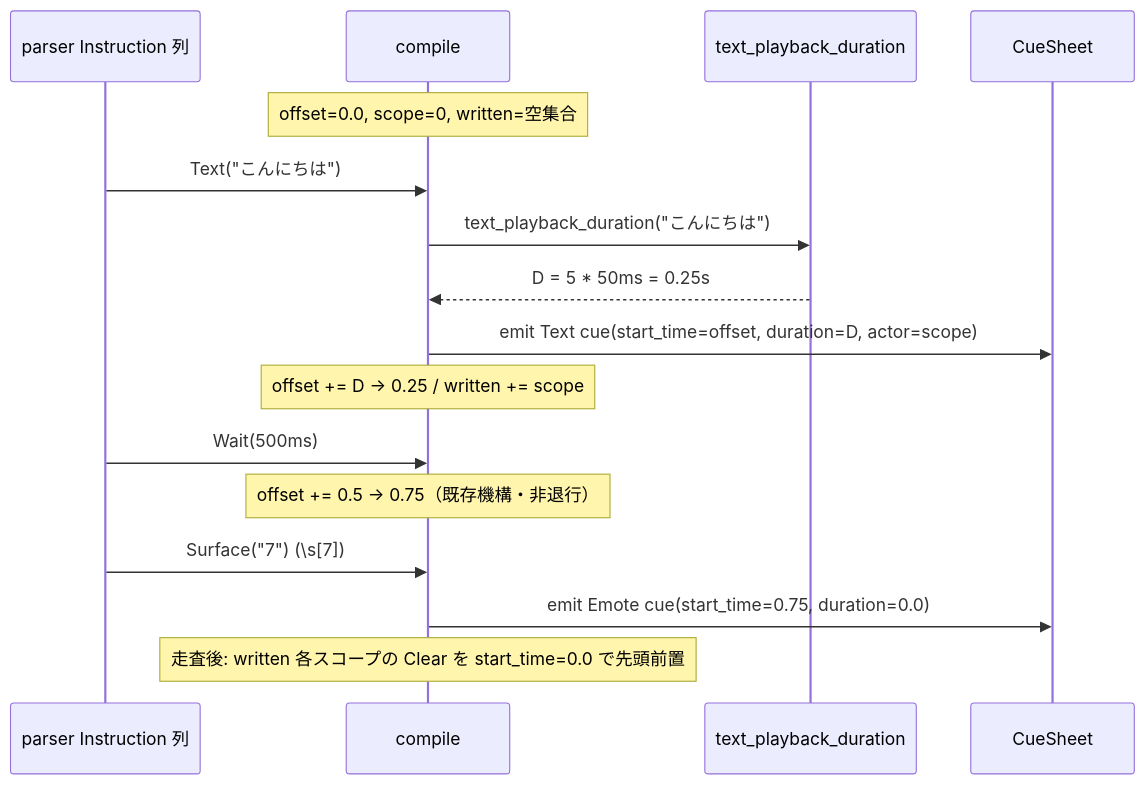
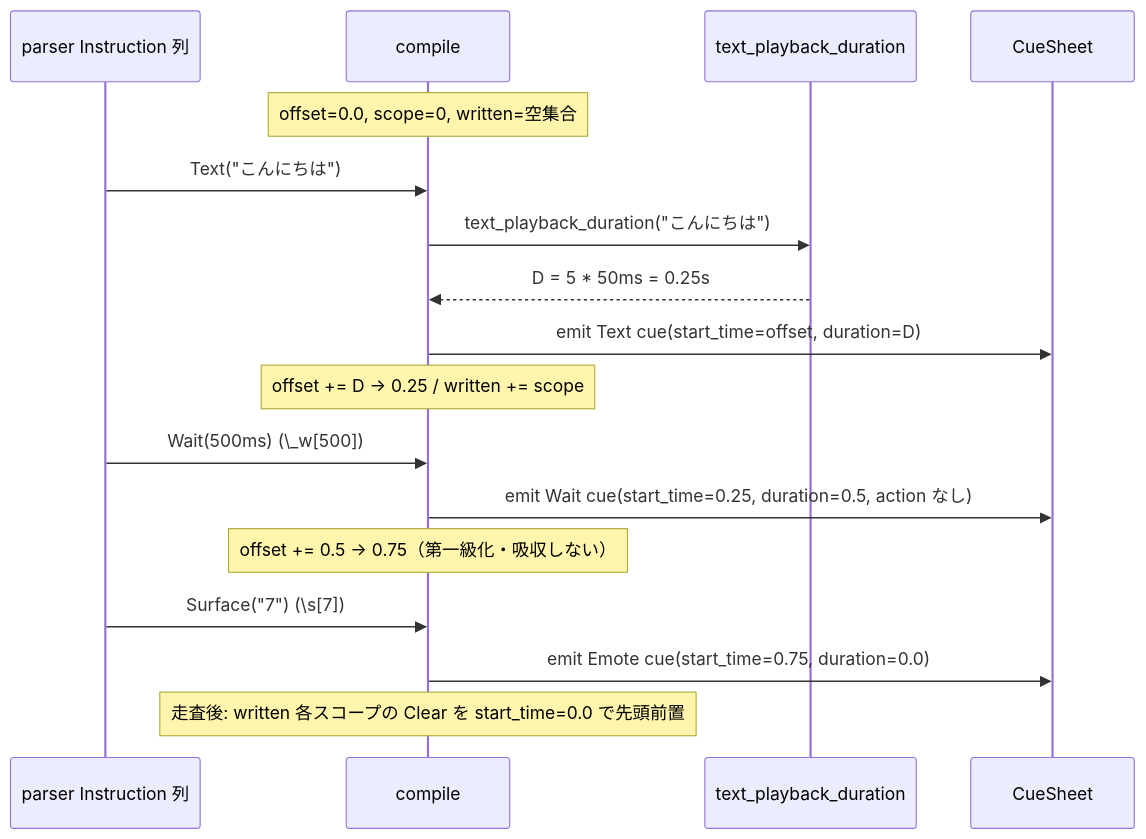
The second of 3 diagrams in .kiro/specs/areka-P0-cue-playback-duration/design.md (ekicyou/areka), drawn with Mermaid before and after one commit. The commit also changed other lines of this file and 2 other files, not shown here.

First line of the commit message:
docs(areka-P0-cue-playback-duration): resolve design discussion #1 - cue再生モデル(envelope一律duration/第一級Wait cue/broadcast配送/honor契約)

````diff
--- a/.kiro/specs/areka-P0-cue-playback-duration/design.md
+++ b/.kiro/specs/areka-P0-cue-playback-duration/design.md
@@ -135,18 +158,19 @@
 ```mermaid
 sequenceDiagram
     participant P as parser Instruction 列
     participant C as compile
     participant N as text_playback_duration
     participant S as CueSheet
     Note over C: offset=0.0, scope=0, written=空集合
     P->>C: Text("こんにちは")
     C->>N: text_playback_duration("こんにちは")
     N-->>C: D = 5 * 50ms = 0.25s
-    C->>S: emit Text cue(start_time=offset, duration=D, actor=scope)
+    C->>S: emit Text cue(start_time=offset, duration=D)
     Note over C: offset += D → 0.25 / written += scope
-    P->>C: Wait(500ms)
-    Note over C: offset += 0.5 → 0.75（既存機構・非退行）
+    P->>C: Wait(500ms)  (\_w[500])
+    C->>S: emit Wait cue(start_time=0.25, duration=0.5, action なし)
+    Note over C: offset += 0.5 → 0.75（第一級化・吸収しない）
     P->>C: Surface("7")  (\s[7])
     C->>S: emit Emote cue(start_time=0.75, duration=0.0)
     Note over C: 走査後: written 各スコープの Clear を start_time=0.0 で先頭前置
 ```
````
